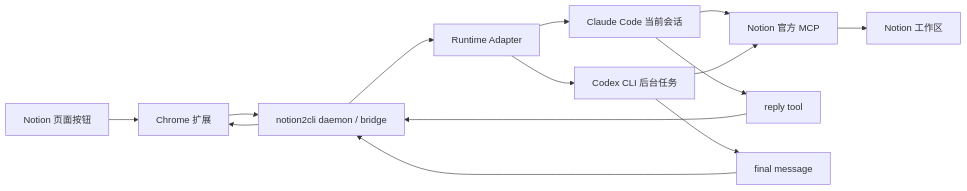
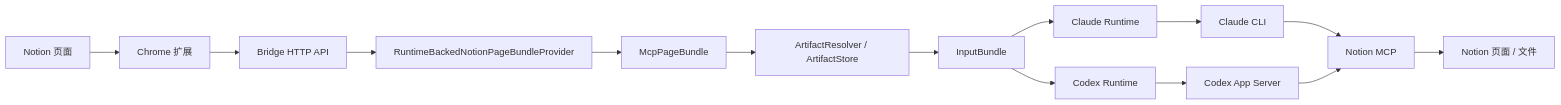
Before and after one commit to previbe/notion2CLI: the diagram in docs/ARCHITECTURE.md, drawn with Mermaid. The commit also changed other lines of this file and 31 other files, not shown here.

Commit message:
[update] refactor runtime-backed notion page bundle flow

````diff
--- a/docs/ARCHITECTURE.md
+++ b/docs/ARCHITECTURE.md
@@ -36,16 +37,16 @@
 ```mermaid
 flowchart LR
-  A["Notion 页面按钮"] --> B["Chrome 扩展"]
-  B --> C["notion2cli daemon / bridge"]
-  C --> D["Runtime Adapter"]
-  D --> E["Claude Code 当前会话"]
-  D --> F["Codex CLI 后台任务"]
-  E --> G["Notion 官方 MCP"]
-  F --> G
-  G --> H["Notion 工作区"]
-  E --> I["reply tool"]
-  F --> J["final message"]
-  I --> C
-  J --> C
-  C --> B
+  A["Notion 页面"] --> B["Chrome 扩展"]
+  B --> C["Bridge HTTP API"]
+  C --> D["RuntimeBackedNotionPageBundleProvider"]
+  D --> E["McpPageBundle"]
+  E --> F["ArtifactResolver / ArtifactStore"]
+  F --> G["InputBundle"]
+  G --> H["Claude Runtime"]
+  G --> I["Codex Runtime"]
+  H --> J["Claude CLI"]
+  I --> K["Codex App Server"]
+  J --> L["Notion MCP"]
+  K --> L
+  L --> M["Notion 页面 / 文件"]
 ```
````
